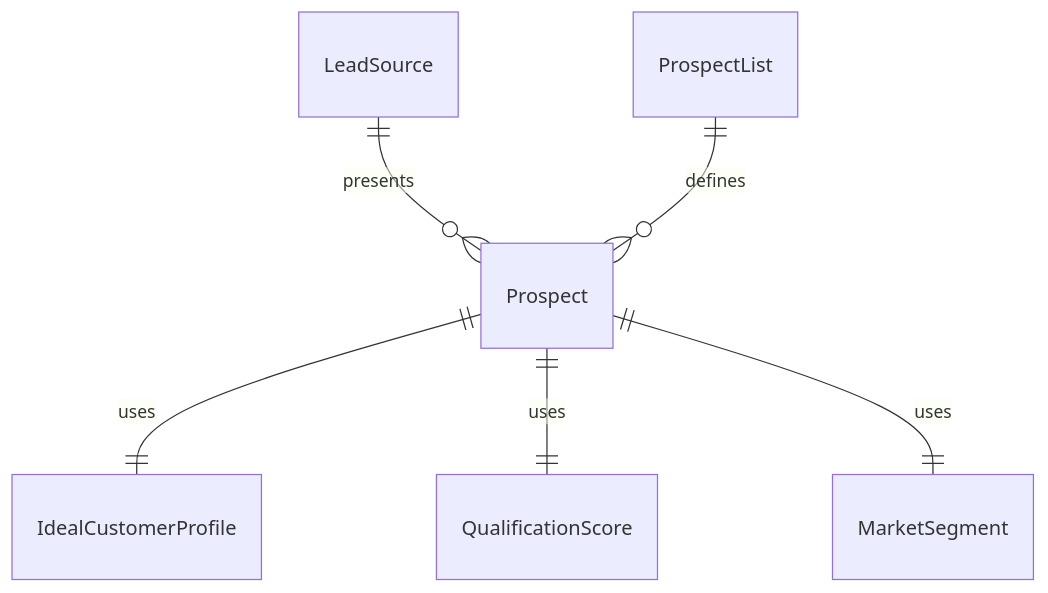
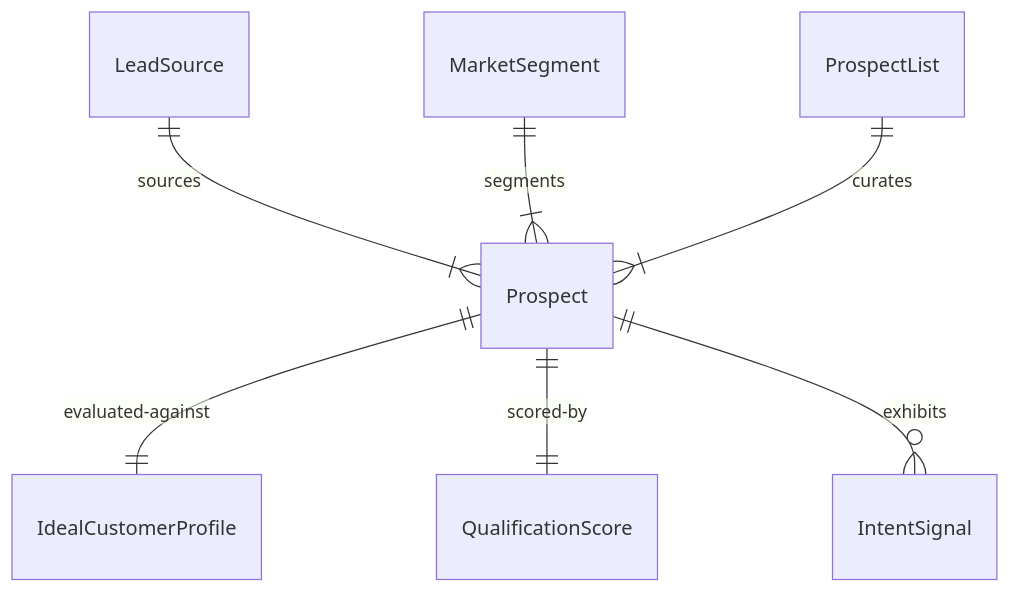
The first of 4 diagrams in IdentifyingObjectsActionsAndEvents/IdentifyBusinessOrOrganizationalOpportunities/IdentifyPotentialCustomers.mdx (dot-org-ai/tasks.org.ai), drawn with Mermaid before and after one commit. The commit also changed other lines of this file and 515 other files, not shown here.

````diff
--- a/IdentifyingObjectsActionsAndEvents/IdentifyBusinessOrOrganizationalOpportunities/IdentifyPotentialCustomers.mdx
+++ b/IdentifyingObjectsActionsAndEvents/IdentifyBusinessOrOrganizationalOpportunities/IdentifyPotentialCustomers.mdx
@@ -93,8 +93,9 @@
 ```mermaid
 erDiagram
-    Prospect ||--|| IdealCustomerProfile : "uses"
-    LeadSource ||--o{ Prospect : "presents"
-    Prospect ||--|| QualificationScore : "uses"
-    Prospect ||--|| MarketSegment : "uses"
-    ProspectList ||--o{ Prospect : "defines"
+    Prospect ||--|| IdealCustomerProfile : "evaluated-against"
+    LeadSource ||--|{ Prospect : "sources"
+    Prospect ||--|| QualificationScore : "scored-by"
+    MarketSegment ||--|{ Prospect : "segments"
+    ProspectList ||--|{ Prospect : "curates"
+    Prospect ||--o{ IntentSignal : "exhibits"
 ```
````
